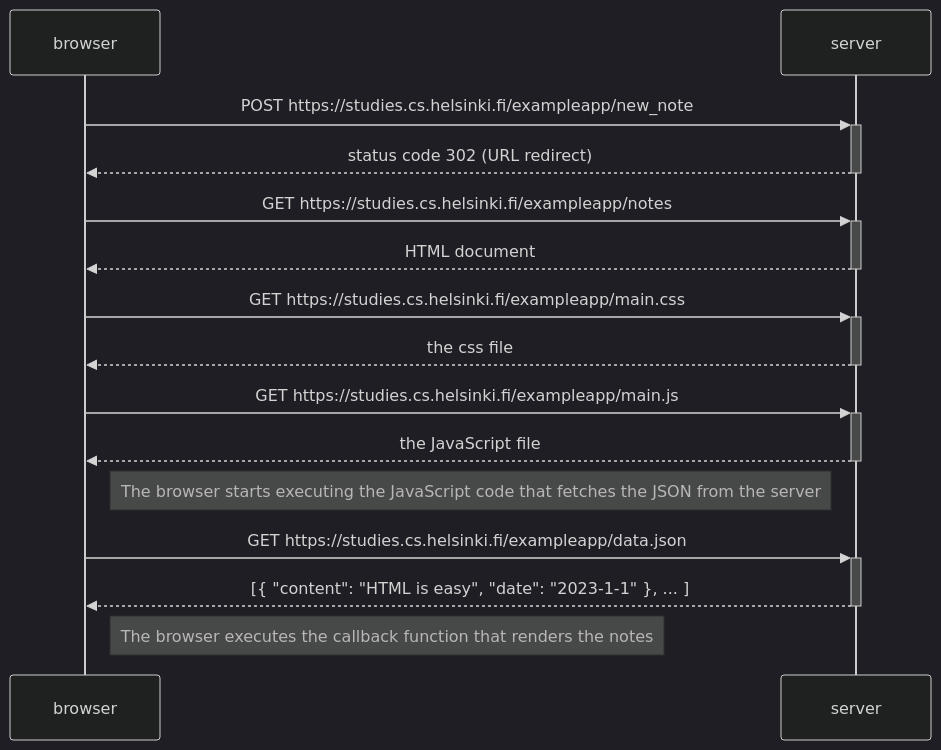
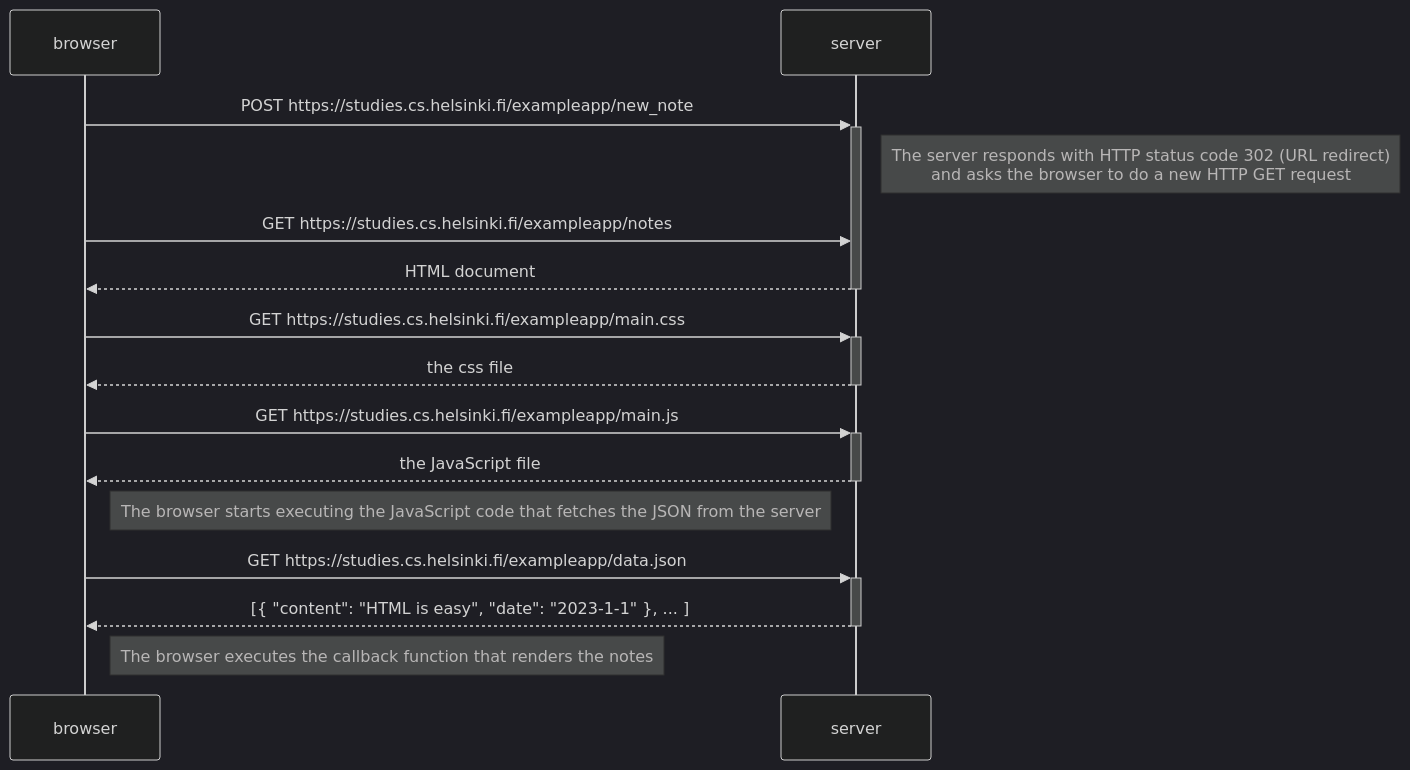
Before and after one commit to Jaretzbalba/Full-Stack-Open: the diagram in part0/0.4.md, drawn with Mermaid (dark theme).

````diff
--- a/part0/0.4.md
+++ b/part0/0.4.md
@@ -1,25 +1,26 @@
 ```mermaid
 sequenceDiagram
     participant browser
     participant server
     
     browser->>+server: POST https://studies.cs.helsinki.fi/exampleapp/new_note
-    server-->>-browser: status code 302 (URL redirect)
     
-    browser->>+server: GET https://studies.cs.helsinki.fi/exampleapp/notes
+    Note right of server: The server responds with HTTP status code 302 (URL redirect) <br /> and asks the browser to do a new HTTP GET request
+
+    browser->>server: GET https://studies.cs.helsinki.fi/exampleapp/notes
     server-->>-browser: HTML document
 
     browser->>+server: GET https://studies.cs.helsinki.fi/exampleapp/main.css
     server-->>-browser: the css file
 
     browser->>+server: GET https://studies.cs.helsinki.fi/exampleapp/main.js
     server-->>-browser: the JavaScript file
 
     Note right of browser: The browser starts executing the JavaScript code that fetches the JSON from the server
 
     browser->>+server: GET https://studies.cs.helsinki.fi/exampleapp/data.json
     server-->>-browser: [{ "content": "HTML is easy", "date": "2023-1-1" }, ... ]
 
     Note right of browser: The browser executes the callback function that renders the notes
 
 ```
````
